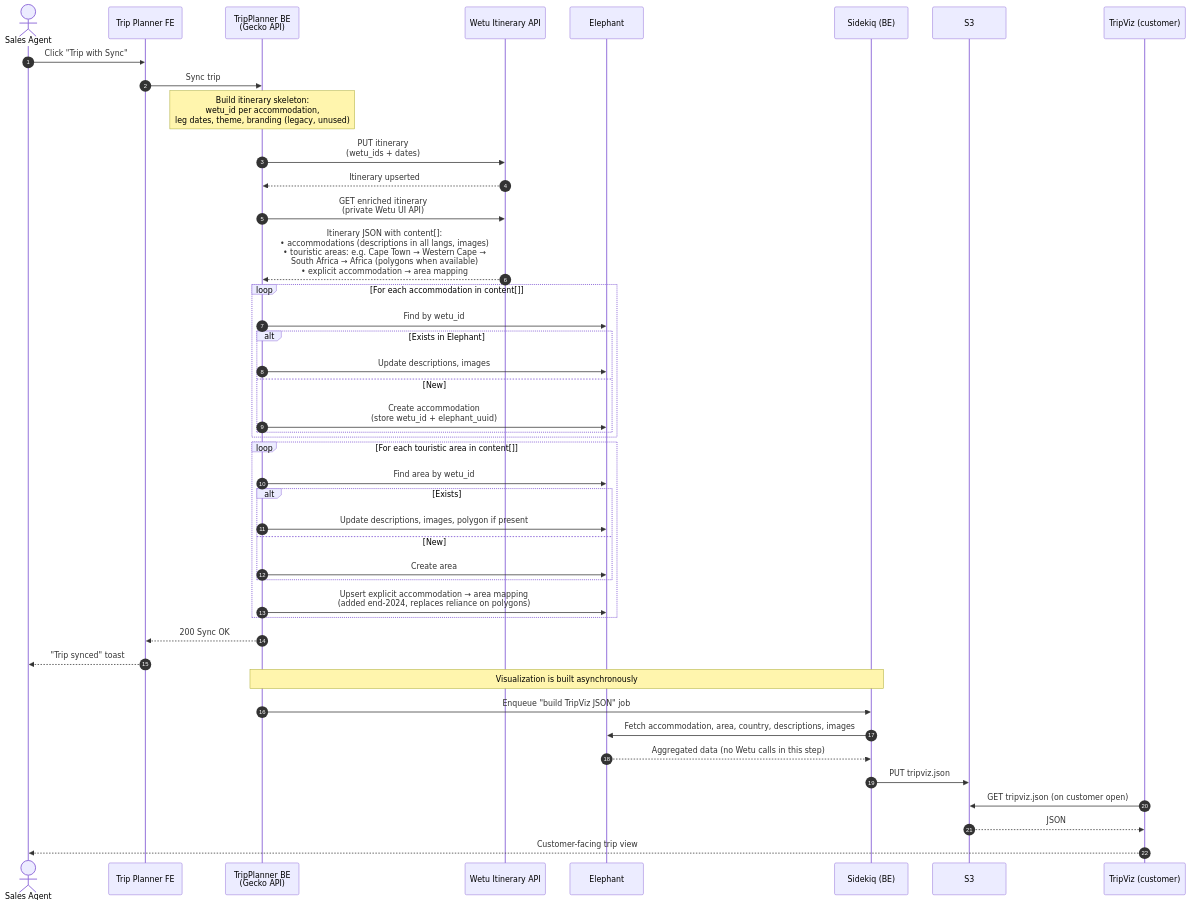
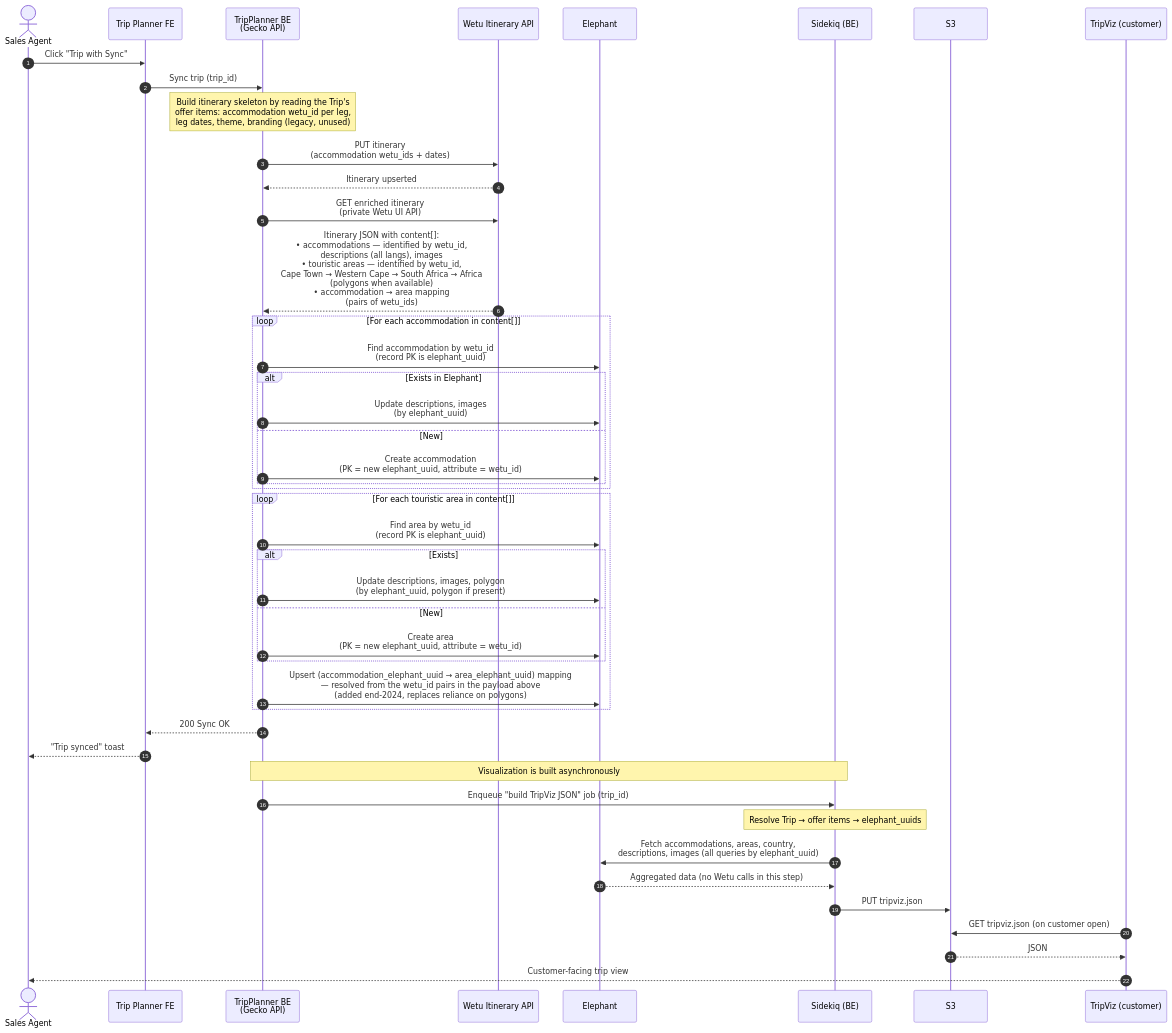
One commit to kliuchnikau-tourlane/ClaudeCowork changed the third of 5 diagrams in OUTPUTS/2026-04-24_TripPlannerWetu-sequence-diagrams/TripPlannerWetu_Documentation.md. Above: the diagram before and after it, drawn with Mermaid. The commit also changed other lines of this file, not shown here.

Commit message:
Make IDs explicit in Diagram 2
Labelled every ID on the Trip Sync diagram (wetu_id, elephant_uuid,
trip_id) so wetu-specific IDs can't hide. The accommodation->area
mapping is assumed to be persisted as (elephant_accommodation_uuid
-> elephant_area_uuid), resolved from the wetu_id pairs Wetu returns.
Added an "ID assumptions to verify" table after the diagram for
Gregor to confirm or correct; flagged the mapping, the Elephant
lookup index, and the Sidekiq job argument as verify items.

````diff
--- a/OUTPUTS/2026-04-24_TripPlannerWetu-sequence-diagrams/TripPlannerWetu_Documentation.md
+++ b/OUTPUTS/2026-04-24_TripPlannerWetu-sequence-diagrams/TripPlannerWetu_Documentation.md
@@ -104,54 +104,55 @@
 ```mermaid
 sequenceDiagram
     autonumber
     actor Agent as Sales Agent
     participant TP as Trip Planner FE
     participant BE as TripPlanner BE<br/>(Gecko API)
     participant Wetu as Wetu Itinerary API
     participant Eleph as Elephant
     participant SK as Sidekiq (BE)
     participant S3 as S3
     participant TripViz as TripViz (customer)
 
     Agent->>TP: Click "Trip with Sync"
-    TP->>BE: Sync trip
-    Note over BE: Build itinerary skeleton:<br/>wetu_id per accommodation,<br/>leg dates, theme, branding (legacy, unused)
+    TP->>BE: Sync trip (trip_id)
+    Note over BE: Build itinerary skeleton by reading the Trip's<br/>offer items: accommodation wetu_id per leg,<br/>leg dates, theme, branding (legacy, unused)
 
-    BE->>Wetu: PUT itinerary<br/>(wetu_ids + dates)
+    BE->>Wetu: PUT itinerary<br/>(accommodation wetu_ids + dates)
     Wetu-->>BE: Itinerary upserted
     BE->>Wetu: GET enriched itinerary<br/>(private Wetu UI API)
-    Wetu-->>BE: Itinerary JSON with content[]:<br/>• accommodations (descriptions in all langs, images)<br/>• touristic areas: e.g. Cape Town → Western Cape →<br/>  South Africa → Africa (polygons when available)<br/>• explicit accommodation → area mapping
+    Wetu-->>BE: Itinerary JSON with content[]:<br/>• accommodations — identified by wetu_id,<br/>  descriptions (all langs), images<br/>• touristic areas — identified by wetu_id,<br/>  Cape Town → Western Cape → South Africa → Africa<br/>  (polygons when available)<br/>• accommodation → area mapping<br/>  (pairs of wetu_ids)
 
     loop For each accommodation in content[]
-        BE->>Eleph: Find by wetu_id
+        BE->>Eleph: Find accommodation by wetu_id<br/>(record PK is elephant_uuid)
         alt Exists in Elephant
-            BE->>Eleph: Update descriptions, images
+            BE->>Eleph: Update descriptions, images<br/>(by elephant_uuid)
         else New
-            BE->>Eleph: Create accommodation<br/>(store wetu_id + elephant_uuid)
+            BE->>Eleph: Create accommodation<br/>(PK = new elephant_uuid, attribute = wetu_id)
         end
     end
 
     loop For each touristic area in content[]
-        BE->>Eleph: Find area by wetu_id
+        BE->>Eleph: Find area by wetu_id<br/>(record PK is elephant_uuid)
         alt Exists
-            BE->>Eleph: Update descriptions, images, polygon if present
+            BE->>Eleph: Update descriptions, images, polygon<br/>(by elephant_uuid, polygon if present)
         else New
-            BE->>Eleph: Create area
+            BE->>Eleph: Create area<br/>(PK = new elephant_uuid, attribute = wetu_id)
         end
-        BE->>Eleph: Upsert explicit accommodation → area mapping<br/>(added end-2024, replaces reliance on polygons)
+        BE->>Eleph: Upsert (accommodation_elephant_uuid → area_elephant_uuid) mapping<br/>— resolved from the wetu_id pairs in the payload above<br/>(added end-2024, replaces reliance on polygons)
     end
 
     BE-->>TP: 200 Sync OK
     TP-->>Agent: "Trip synced" toast
 
     Note over BE,SK: Visualization is built asynchronously
-    BE->>SK: Enqueue "build TripViz JSON" job
+    BE->>SK: Enqueue "build TripViz JSON" job (trip_id)
 
-    SK->>Eleph: Fetch accommodation, area, country, descriptions, images
+    Note over SK: Resolve Trip → offer items → elephant_uuids
+    SK->>Eleph: Fetch accommodations, areas, country,<br/>descriptions, images (all queries by elephant_uuid)
     Eleph-->>SK: Aggregated data (no Wetu calls in this step)
     SK->>S3: PUT tripviz.json
 
     TripViz->>S3: GET tripviz.json (on customer open)
     S3-->>TripViz: JSON
     TripViz-->>Agent: Customer-facing trip view
 ```
````
